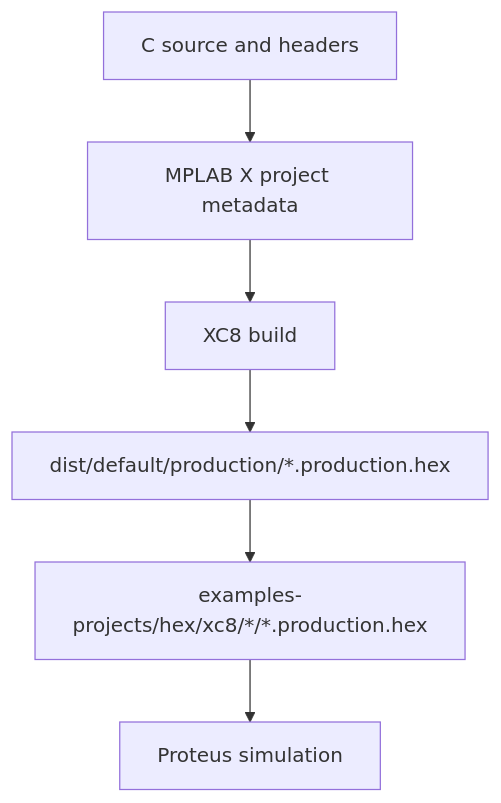
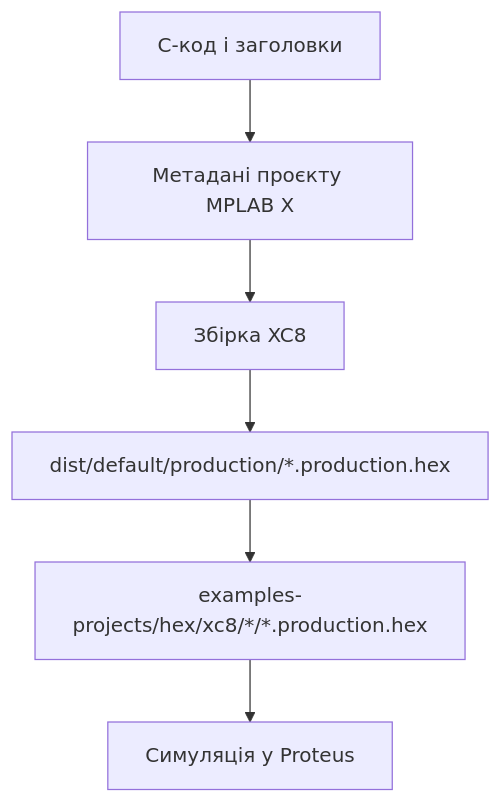
The diagram in docs/architecture/generation-workflow.ua.md (anatoliWeb/pic-platform), drawn with Mermaid before and after one commit. The commit also changed 3 other files, not shown here.

First line of the commit message:
docs(position-drive): translate Mermaid labels to Ukrainian in UA docs

````diff
--- a/docs/architecture/generation-workflow.ua.md
+++ b/docs/architecture/generation-workflow.ua.md
@@ -109,8 +109,8 @@
 ```mermaid
 flowchart TD
-    SRC[C source and headers] --> MPLAB[MPLAB X project metadata]
-    MPLAB --> BUILD[XC8 build]
+    SRC[С-код і заголовки] --> MPLAB[Метадані проєкту MPLAB X]
+    MPLAB --> BUILD[Збірка XC8]
     BUILD --> DIST[dist/default/production/*.production.hex]
     DIST --> ART[examples-projects/hex/xc8/*/*.production.hex]
-    ART --> PROTEUS[Proteus simulation]
+    ART --> PROTEUS[Симуляція у Proteus]
 ```
````
